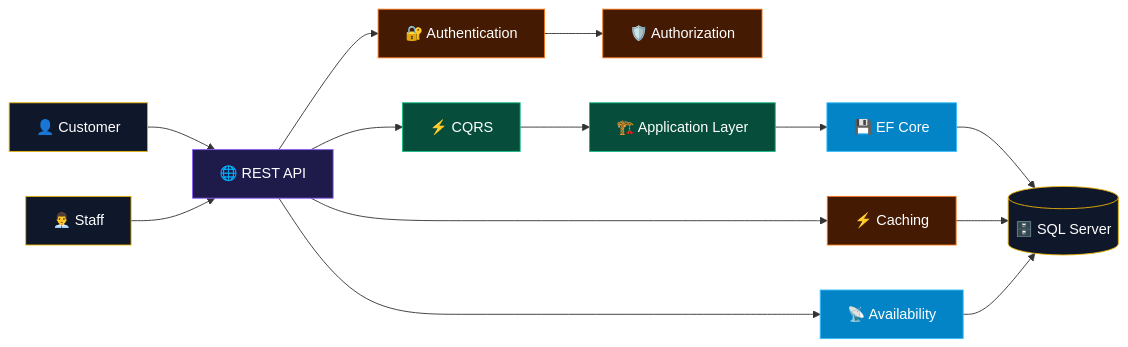
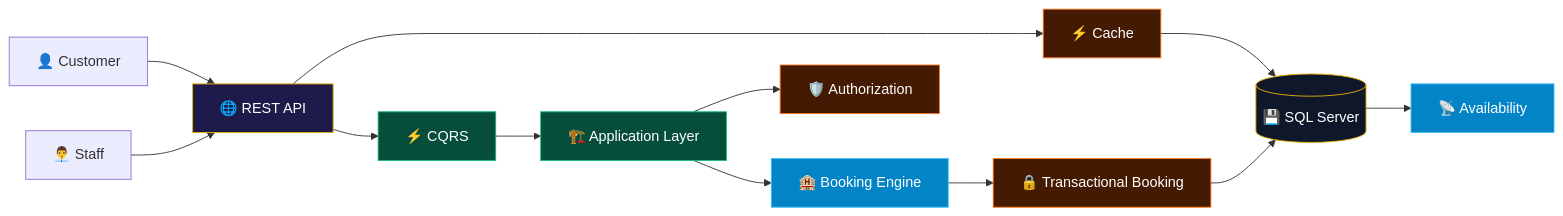
Before and after one commit to Nour7Tohamy/Nour7Tohamy: the second of 3 diagrams in README.md, drawn with Mermaid. The commit also changed other lines of this file, not shown here.

````diff
--- a/README.md
+++ b/README.md
@@ -248,27 +552,31 @@
 ```mermaid
 graph LR
-    A[👤 Customer] --> B[🌐 REST API]
-    S[👨‍💼 Staff] --> B
-    B --> C[🔐 Authentication]
-    C --> D[🛡️ Authorization]
-    B --> E[⚡ CQRS]
-    E --> F[🏗️ Application Layer]
-    F --> G[💾 EF Core]
-    G --> H[(🗄️ SQL Server)]
-    B --> I[⚡ Caching]
-    I --> H
-    B --> J[📡 Availability]
-    J --> H
 
-    style A fill:#0f172a,stroke:#eab308,color:#fff
-    style S fill:#0f172a,stroke:#eab308,color:#fff
-    style B fill:#1e1b4b,stroke:#8b5cf6,color:#fff
-    style C fill:#451a03,stroke:#f97316,color:#fff
-    style D fill:#451a03,stroke:#f97316,color:#fff
-    style E fill:#064e3b,stroke:#10b981,color:#fff
-    style F fill:#064e3b,stroke:#10b981,color:#fff
-    style G fill:#0284c7,stroke:#38bdf8,color:#fff
-    style H fill:#0f172a,stroke:#eab308,color:#fff
-    style I fill:#451a03,stroke:#f97316,color:#fff
-    style J fill:#0284c7,stroke:#38bdf8,color:#fff
+    USER["👤 Customer"] --> API["🌐 REST API"]
+    STAFF["👨‍💼 Staff"] --> API
+
+    API --> CQRS["⚡ CQRS"]
+    CQRS --> APP["🏗️ Application Layer"]
+
+    APP --> BOOK["🏨 Booking Engine"]
+    BOOK --> TX["🔒 Transactional Booking"]
+
+    APP --> AUTH["🛡️ Authorization"]
+
+    API --> CACHE["⚡ Cache"]
+    CACHE --> DB[("💾 SQL Server")]
+
+    TX --> DB
+
+    DB --> AV["📡 Availability"]
+
+    style API fill:#1e1b4b,stroke:#eab308,color:#fff
+    style CQRS fill:#064e3b,stroke:#10b981,color:#fff
+    style APP fill:#064e3b,stroke:#10b981,color:#fff
+    style BOOK fill:#0284c7,stroke:#38bdf8,color:#fff
+    style TX fill:#451a03,stroke:#f97316,color:#fff
+    style AUTH fill:#451a03,stroke:#f97316,color:#fff
+    style CACHE fill:#451a03,stroke:#f97316,color:#fff
+    style DB fill:#0f172a,stroke:#eab308,color:#fff
+    style AV fill:#0284c7,stroke:#38bdf8,color:#fff
 ```
````
